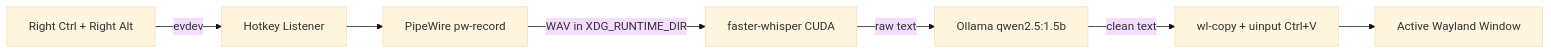
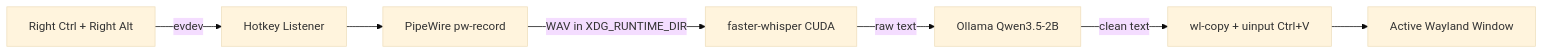
One commit to khiladisngh/voice-flow changed the diagram in README.md. Above: the diagram before and after it, drawn with Mermaid (base theme). The commit also changed other lines of this file and 7 other files, not shown here.

````diff
--- a/README.md
+++ b/README.md
@@ -239,9 +241,9 @@
 ```mermaid
 graph LR
     A[Right Ctrl + Right Alt] -->|evdev| B[Hotkey Listener]
     B --> C[PipeWire pw-record]
     C -->|WAV in XDG_RUNTIME_DIR| D[faster-whisper CUDA]
-    D -->|raw text| E[Ollama qwen2.5:1.5b]
+    D -->|raw text| E[Ollama Qwen3.5-2B]
     E -->|clean text| F[wl-copy + uinput Ctrl+V]
     F --> G[Active Wayland Window]
 ```
````
